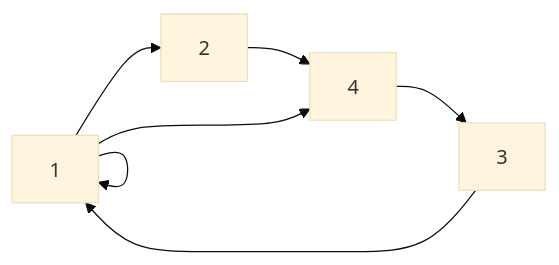
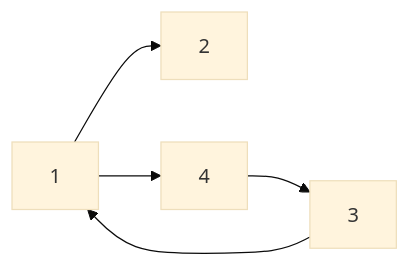
The diagram in graph-theory/dijkstra-shortest-reach-2.md (SlideeScherz/hacker-rank), drawn with Mermaid (base theme) before and after one commit.

````diff
--- a/graph-theory/dijkstra-shortest-reach-2.md
+++ b/graph-theory/dijkstra-shortest-reach-2.md
@@ -24,6 +24,7 @@
 ```mermaid
 flowchart LR
-  1 --> 2 & 1 --> 4
+  1 --> 2
+  1 --> 4
   3 --> 1
   4 --> 3
 ```
````
